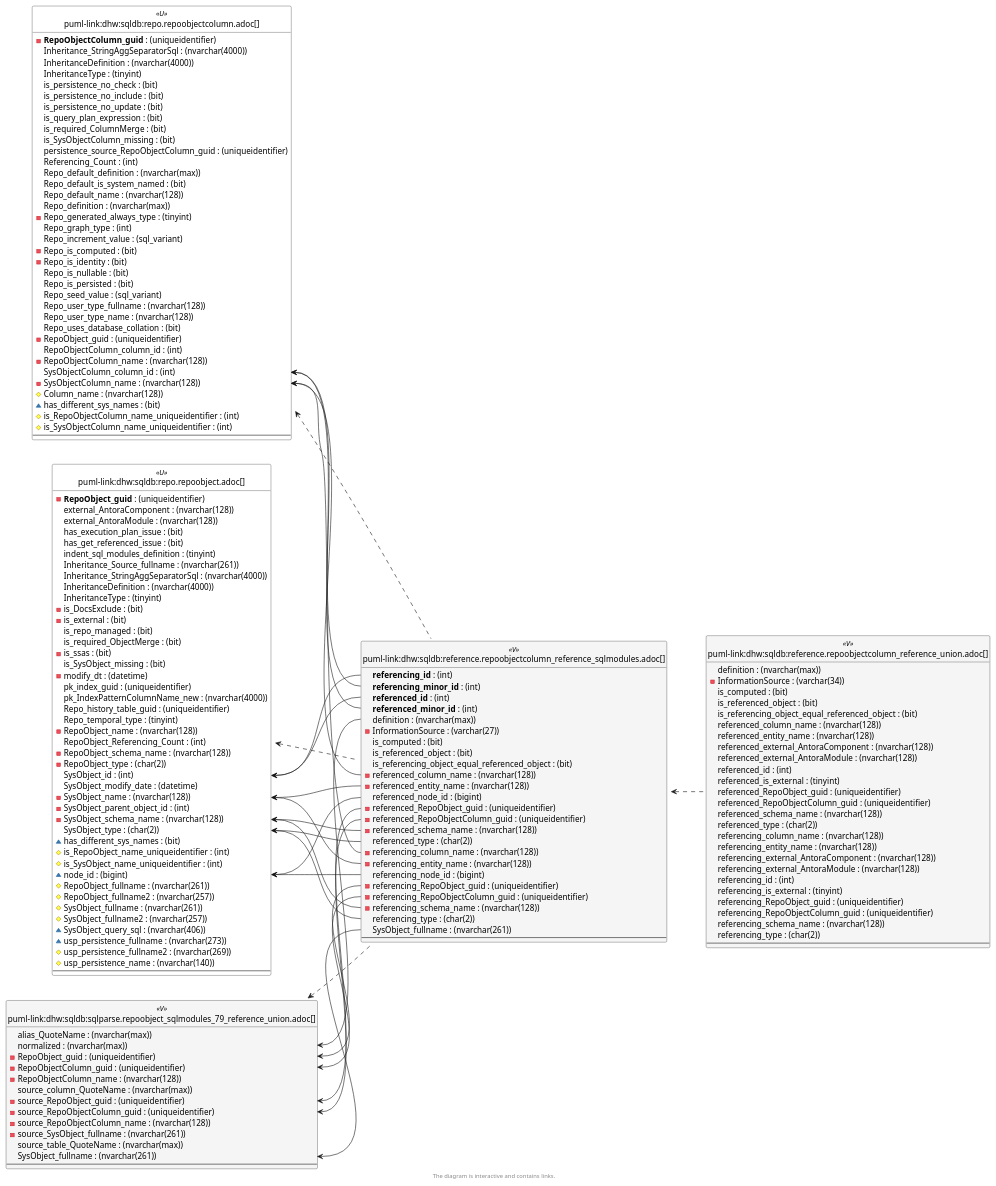
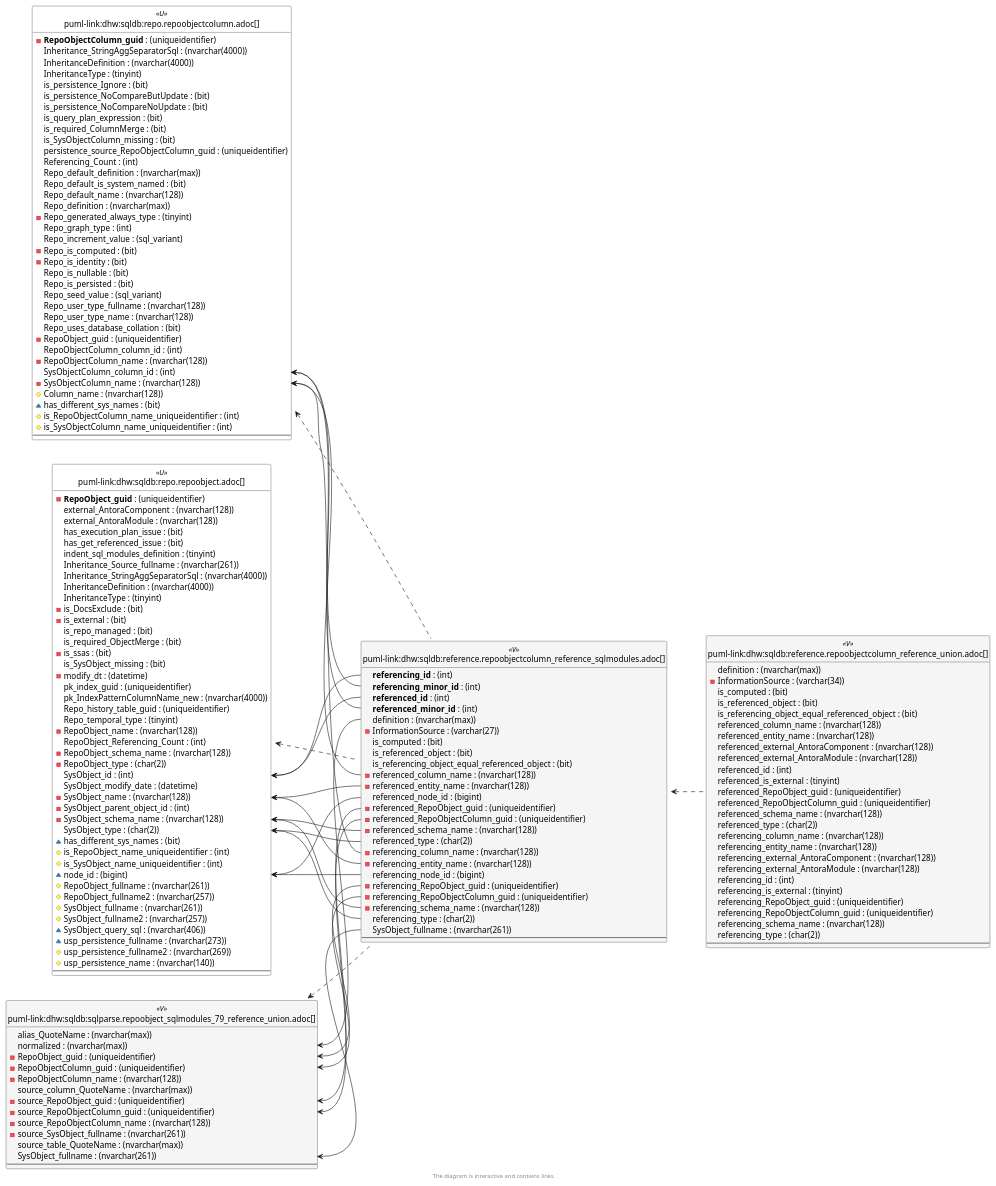
The sixth of 6 diagrams in docs/modules/sqldb/partials/content/reference.repoobjectcolumn_reference_sqlmodules.adoc (DataHandwerk/dhw-antora-sqldb), drawn with PlantUML before and after one commit. The commit also changed other lines of this file and 751 other files, not shown here.

```diff
--- a/docs/modules/sqldb/partials/content/reference.repoobjectcolumn_reference_sqlmodules.adoc
+++ b/docs/modules/sqldb/partials/content/reference.repoobjectcolumn_reference_sqlmodules.adoc
@@ -2449,9 +2450,9 @@
   Inheritance_StringAggSeparatorSql : (nvarchar(4000))
   InheritanceDefinition : (nvarchar(4000))
   InheritanceType : (tinyint)
-  is_persistence_no_check : (bit)
-  is_persistence_no_include : (bit)
-  is_persistence_no_update : (bit)
+  is_persistence_Ignore : (bit)
+  is_persistence_NoCompareButUpdate : (bit)
+  is_persistence_NoCompareNoUpdate : (bit)
   is_query_plan_expression : (bit)
   is_required_ColumnMerge : (bit)
   is_SysObjectColumn_missing : (bit)
@@ -2504,16 +2505,16 @@
 repo.RepoObject <.. reference.RepoObjectColumn_reference_SqlModules
 repo.RepoObjectColumn <.. reference.RepoObjectColumn_reference_SqlModules
 sqlparse.RepoObject_SqlModules_79_reference_union <.. reference.RepoObjectColumn_reference_SqlModules
+"repo.RepoObject::node_id" <-- "reference.RepoObjectColumn_reference_SqlModules::referenced_node_id"
 "repo.RepoObject::node_id" <-- "reference.RepoObjectColumn_reference_SqlModules::referencing_node_id"
-"repo.RepoObject::node_id" <-- "reference.RepoObjectColumn_reference_SqlModules::referenced_node_id"
+"repo.RepoObject::SysObject_id" <-- "reference.RepoObjectColumn_reference_SqlModules::referenced_id"
 "repo.RepoObject::SysObject_id" <-- "reference.RepoObjectColumn_reference_SqlModules::referencing_id"
-"repo.RepoObject::SysObject_id" <-- "reference.RepoObjectColumn_reference_SqlModules::referenced_id"
 "repo.RepoObject::SysObject_name" <-- "reference.RepoObjectColumn_reference_SqlModules::referenced_entity_name"
 "repo.RepoObject::SysObject_name" <-- "reference.RepoObjectColumn_reference_SqlModules::referencing_entity_name"
 "repo.RepoObject::SysObject_schema_name" <-- "reference.RepoObjectColumn_reference_SqlModules::referenced_schema_name"
 "repo.RepoObject::SysObject_schema_name" <-- "reference.RepoObjectColumn_reference_SqlModules::referencing_schema_name"
+"repo.RepoObject::SysObject_type" <-- "reference.RepoObjectColumn_reference_SqlModules::referenced_type"
 "repo.RepoObject::SysObject_type" <-- "reference.RepoObjectColumn_reference_SqlModules::referencing_type"
-"repo.RepoObject::SysObject_type" <-- "reference.RepoObjectColumn_reference_SqlModules::referenced_type"
 "repo.RepoObjectColumn::SysObjectColumn_column_id" <-- "reference.RepoObjectColumn_reference_SqlModules::referenced_minor_id"
 "repo.RepoObjectColumn::SysObjectColumn_column_id" <-- "reference.RepoObjectColumn_reference_SqlModules::referencing_minor_id"
 "repo.RepoObjectColumn::SysObjectColumn_name" <-- "reference.RepoObjectColumn_reference_SqlModules::referencing_column_name"
```
